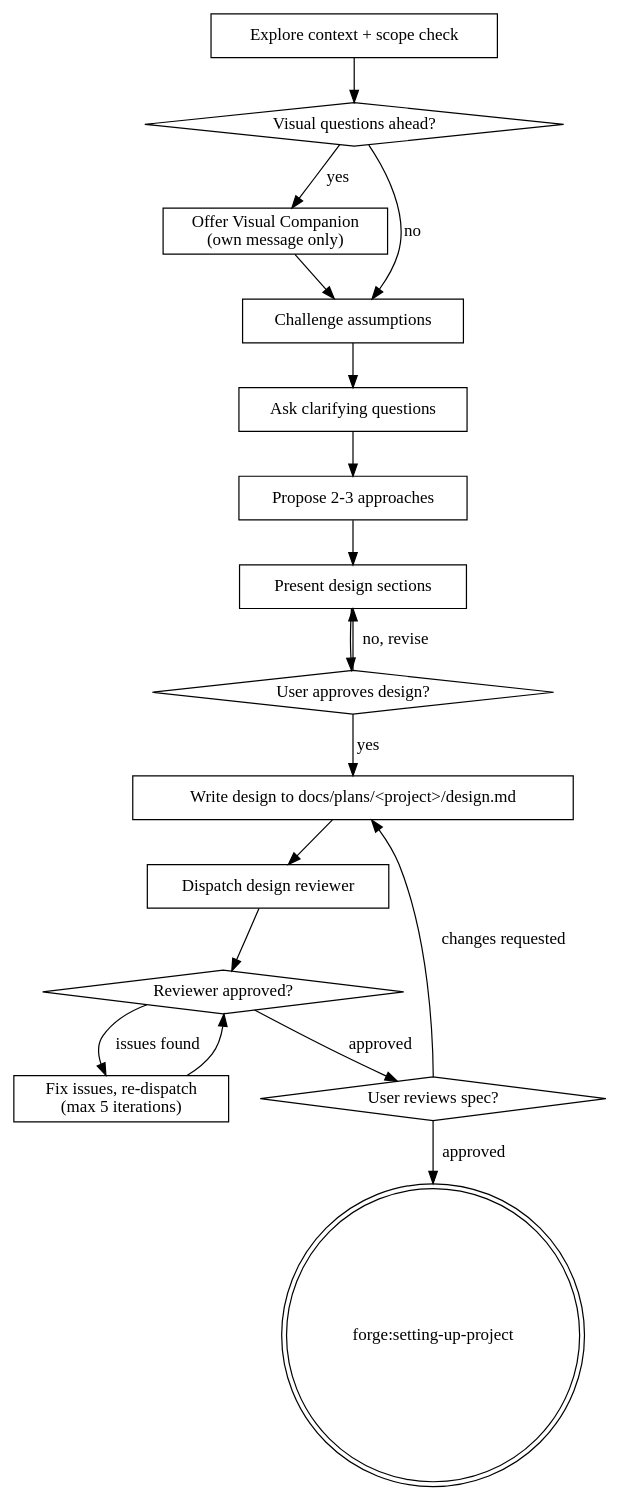
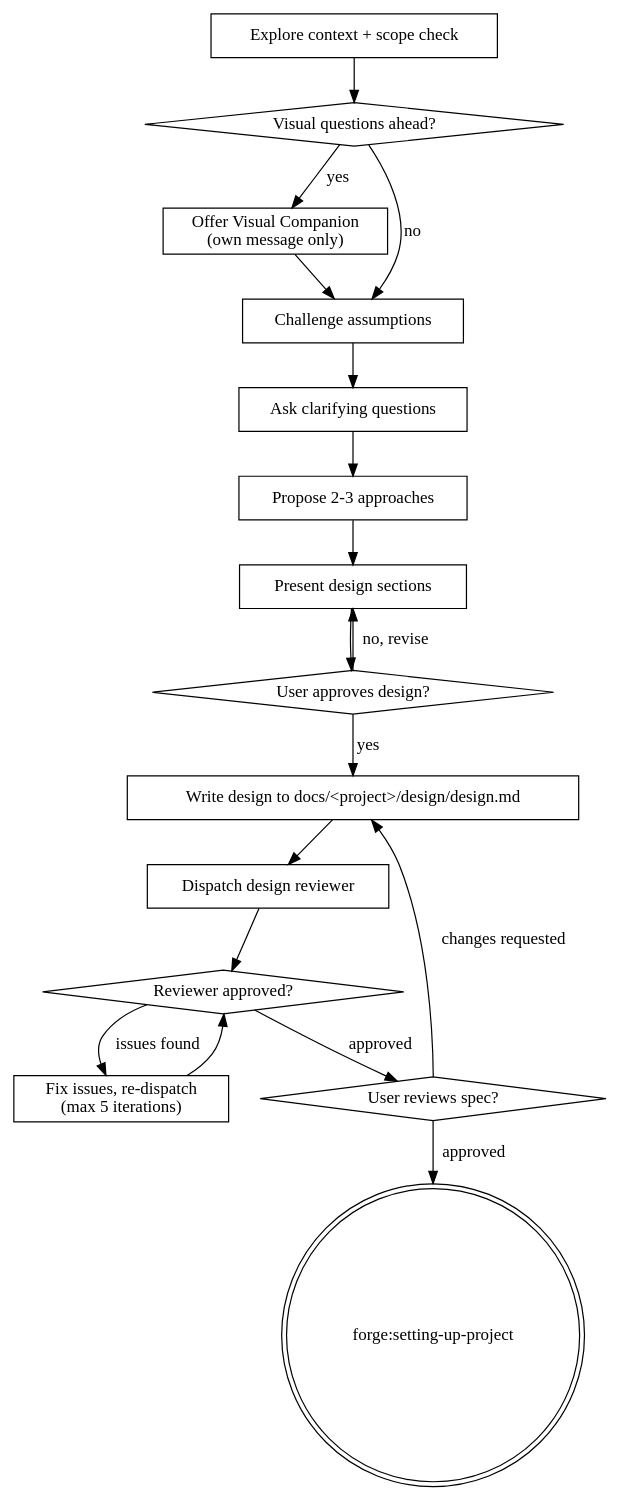
One commit to rahulsc/forge changed the diagram in skills/brainstorming/SKILL.md. Above: the diagram before and after it, drawn with Graphviz. The commit also changed other lines of this file, not shown here.

````diff
--- a/skills/brainstorming/SKILL.md
+++ b/skills/brainstorming/SKILL.md
@@ -43,36 +43,36 @@
 ```dot
 digraph brainstorming {
     "Explore context + scope check" [shape=box];
     "Visual questions ahead?" [shape=diamond];
     "Offer Visual Companion\n(own message only)" [shape=box];
     "Challenge assumptions" [shape=box];
     "Ask clarifying questions" [shape=box];
     "Propose 2-3 approaches" [shape=box];
     "Present design sections" [shape=box];
     "User approves design?" [shape=diamond];
-    "Write design to docs/plans/<project>/design.md" [shape=box];
+    "Write design to docs/<project>/design/design.md" [shape=box];
     "Dispatch design reviewer" [shape=box];
     "Reviewer approved?" [shape=diamond];
     "Fix issues, re-dispatch\n(max 5 iterations)" [shape=box];
     "User reviews spec?" [shape=diamond];
     "forge:setting-up-project" [shape=doublecircle];
 
     "Explore context + scope check" -> "Visual questions ahead?";
     "Visual questions ahead?" -> "Offer Visual Companion\n(own message only)" [label="yes"];
     "Visual questions ahead?" -> "Challenge assumptions" [label="no"];
     "Offer Visual Companion\n(own message only)" -> "Challenge assumptions";
     "Challenge assumptions" -> "Ask clarifying questions";
     "Ask clarifying questions" -> "Propose 2-3 approaches";
     "Propose 2-3 approaches" -> "Present design sections";
     "Present design sections" -> "User approves design?";
     "User approves design?" -> "Present design sections" [label="no, revise"];
-    "User approves design?" -> "Write design to docs/plans/<project>/design.md" [label="yes"];
-    "Write design to docs/plans/<project>/design.md" -> "Dispatch design reviewer";
+    "User approves design?" -> "Write design to docs/<project>/design/design.md" [label="yes"];
+    "Write design to docs/<project>/design/design.md" -> "Dispatch design reviewer";
     "Dispatch design reviewer" -> "Reviewer approved?";
     "Reviewer approved?" -> "Fix issues, re-dispatch\n(max 5 iterations)" [label="issues found"];
     "Reviewer approved?" -> "User reviews spec?" [label="approved"];
     "Fix issues, re-dispatch\n(max 5 iterations)" -> "Reviewer approved?";
-    "User reviews spec?" -> "Write design to docs/plans/<project>/design.md" [label="changes requested"];
+    "User reviews spec?" -> "Write design to docs/<project>/design/design.md" [label="changes requested"];
     "User reviews spec?" -> "forge:setting-up-project" [label="approved"];
 }
 ```
````
